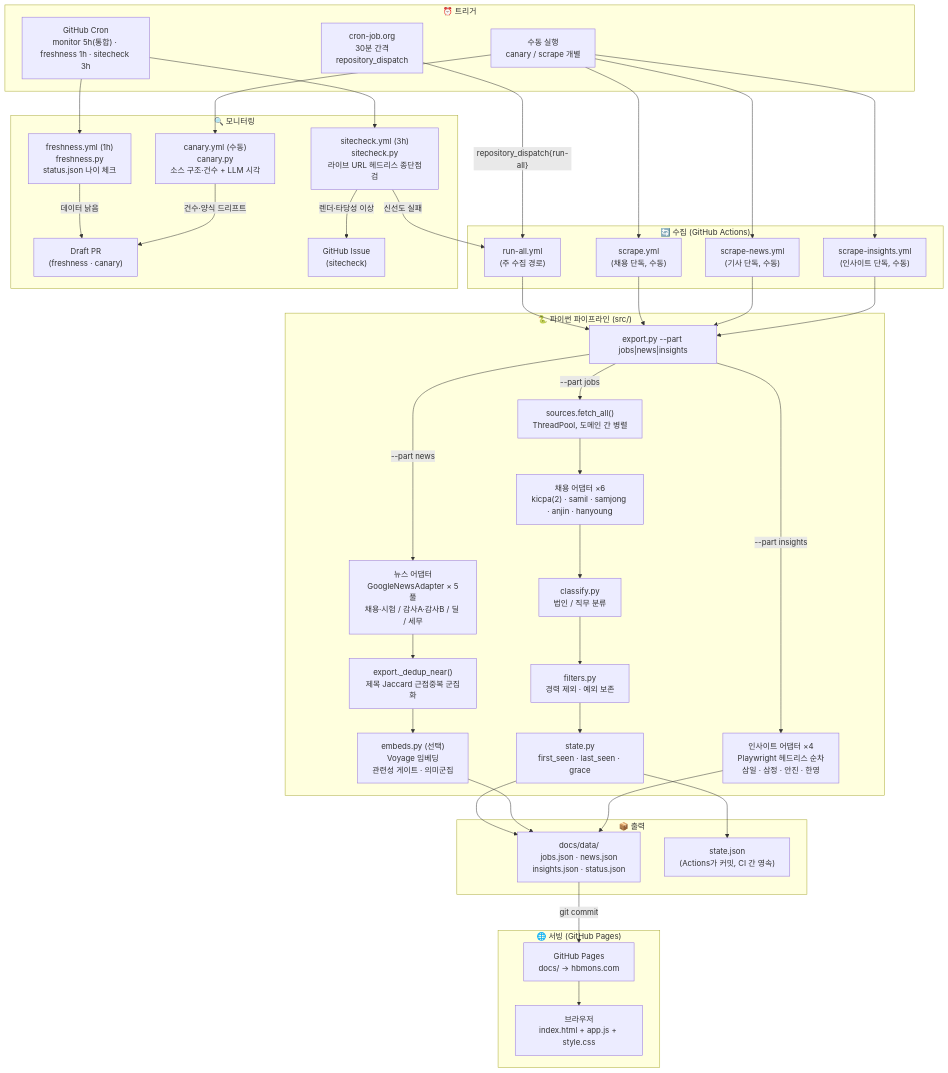
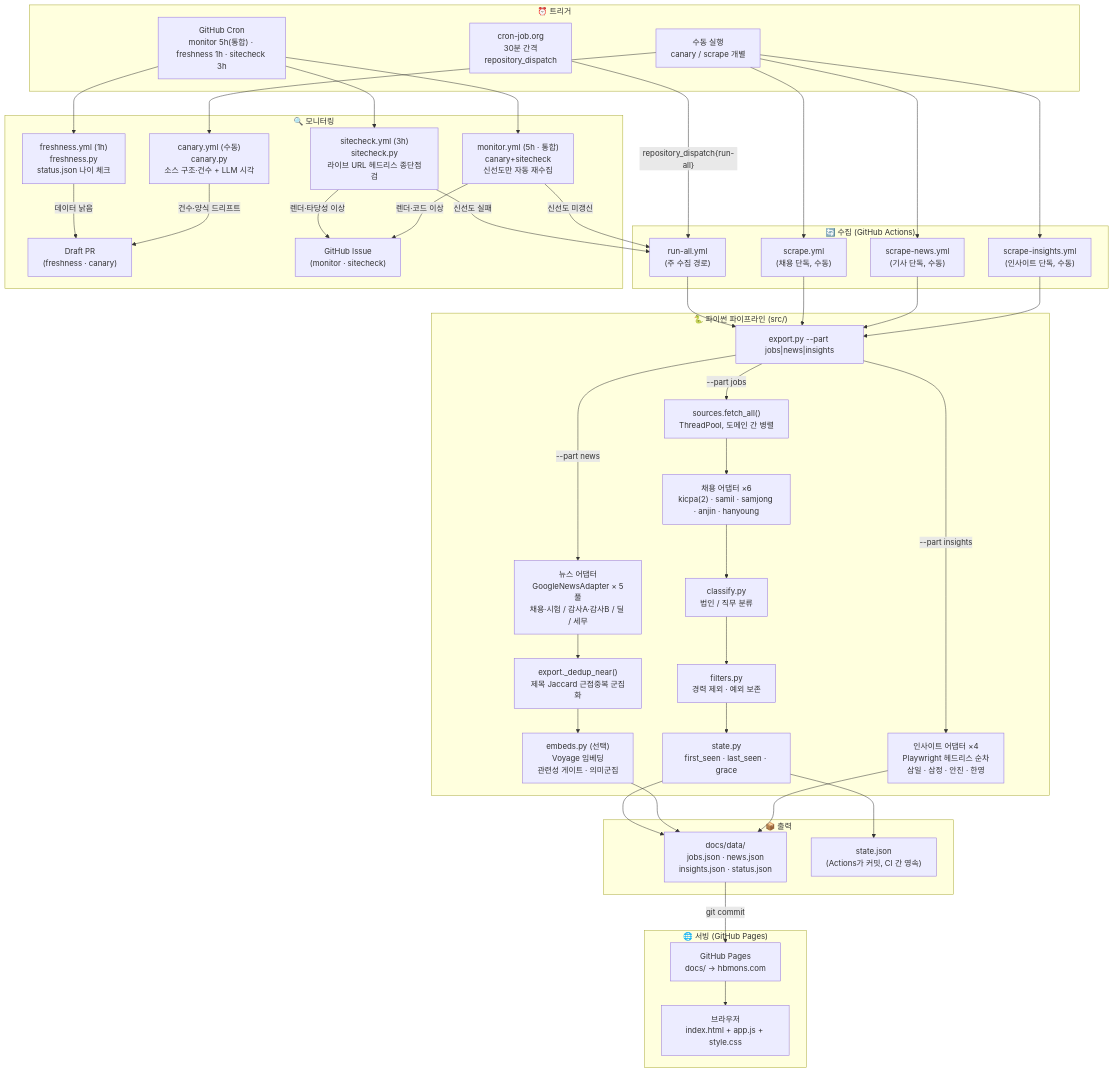
One commit to jaehyuk-choi-KICPA/KICPA_CAREER_HUB_SITE changed the first of 5 diagrams in docs-meta/WORKFLOW.md. Above: the diagram before and after it, drawn with Mermaid. The commit also changed 5 other files, not shown here.

````diff
--- a/docs-meta/WORKFLOW.md
+++ b/docs-meta/WORKFLOW.md
@@ -10,69 +10,72 @@
 ```mermaid
 flowchart TD
     subgraph TRIGGER["⏰ 트리거"]
         EXT["cron-job.org<br/>30분 간격<br/>repository_dispatch"]
         GH_CRON["GitHub Cron<br/>monitor 5h(통합) · freshness 1h · sitecheck 3h"]
         MANUAL["수동 실행<br/>canary / scrape 개별"]
     end
 
     subgraph COLLECT["🔄 수집 (GitHub Actions)"]
         RUN_ALL["run-all.yml<br/>(주 수집 경로)"]
         SCRAPE["scrape.yml<br/>(채용 단독, 수동)"]
         SCRAPE_N["scrape-news.yml<br/>(기사 단독, 수동)"]
         SCRAPE_I["scrape-insights.yml<br/>(인사이트 단독, 수동)"]
     end
 
     subgraph PIPELINE["🐍 파이썬 파이프라인 (src/)"]
         EXPORT["export.py --part jobs|news|insights"]
         SOURCES["sources.fetch_all()<br/>ThreadPool, 도메인 간 병렬"]
         ADAPTERS_J["채용 어댑터 ×6<br/>kicpa(2) · samil · samjong · anjin · hanyoung"]
         ADAPTERS_N["뉴스 어댑터<br/>GoogleNewsAdapter × 5풀<br/>채용·시험 / 감사A·감사B / 딜 / 세무"]
         ADAPTERS_I["인사이트 어댑터 ×4<br/>Playwright 헤드리스 순차<br/>삼일 · 삼정 · 안진 · 한영"]
         STATE["state.py<br/>first_seen · last_seen · grace"]
         CLASSIFY["classify.py<br/>법인 / 직무 분류"]
         FILTER["filters.py<br/>경력 제외 · 예외 보존"]
         DEDUP["export._dedup_near()<br/>제목 Jaccard 근접중복 군집화"]
         EMBEDS["embeds.py (선택)<br/>Voyage 임베딩<br/>관련성 게이트 · 의미군집"]
     end
 
     subgraph OUTPUT["📦 출력"]
         DATA["docs/data/<br/>jobs.json · news.json<br/>insights.json · status.json"]
         STATE_J["state.json<br/>(Actions가 커밋, CI 간 영속)"]
     end
 
     subgraph SERVE["🌐 서빙 (GitHub Pages)"]
         PAGES["GitHub Pages<br/>docs/ → hbmons.com"]
         BROWSER["브라우저<br/>index.html + app.js + style.css"]
     end
 
     subgraph MONITOR["🔍 모니터링"]
         FRESH["freshness.yml (1h)<br/>freshness.py<br/>status.json 나이 체크"]
         SITE["sitecheck.yml (3h)<br/>sitecheck.py<br/>라이브 URL 헤드리스 종단점검"]
         CANARY["canary.yml (수동)<br/>canary.py<br/>소스 구조·건수 + LLM 시각"]
+        MON["monitor.yml (5h · 통합)<br/>canary+sitecheck<br/>신선도만 자동 재수집"]
         DRAFT_PR["Draft PR<br/>(freshness · canary)"]
-        GH_ISSUE["GitHub Issue<br/>(sitecheck)"]
+        GH_ISSUE["GitHub Issue<br/>(monitor · sitecheck)"]
     end
 
     EXT -->|"repository_dispatch{run-all}"| RUN_ALL
-    GH_CRON --> FRESH & SITE
+    GH_CRON --> MON & FRESH & SITE
     MANUAL --> SCRAPE & SCRAPE_N & SCRAPE_I & CANARY
 
     RUN_ALL --> EXPORT
     SCRAPE & SCRAPE_N & SCRAPE_I --> EXPORT
 
     EXPORT -->|"--part jobs"| SOURCES --> ADAPTERS_J
     EXPORT -->|"--part news"| ADAPTERS_N
     EXPORT -->|"--part insights"| ADAPTERS_I
 
     ADAPTERS_J --> CLASSIFY --> FILTER --> STATE --> DATA
     ADAPTERS_N --> DEDUP --> EMBEDS --> DATA
     ADAPTERS_I --> DATA
     STATE --> STATE_J
 
     DATA -->|"git commit"| PAGES --> BROWSER
 
     FRESH -->|"데이터 낡음"| DRAFT_PR
     SITE -->|"렌더·타당성 이상"| GH_ISSUE
     SITE -->|"신선도 실패"| RUN_ALL
     CANARY -->|"건수·양식 드리프트"| DRAFT_PR
+    MON -->|"신선도 미갱신"| RUN_ALL
+    MON -->|"렌더·코드 이상"| GH_ISSUE
 ```
````
